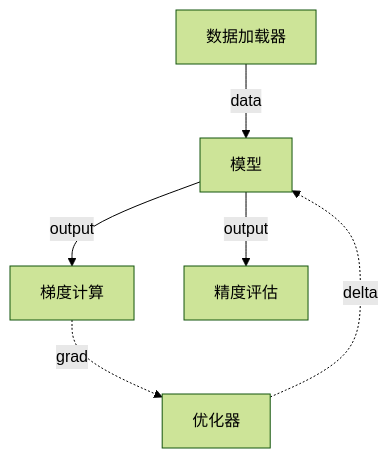
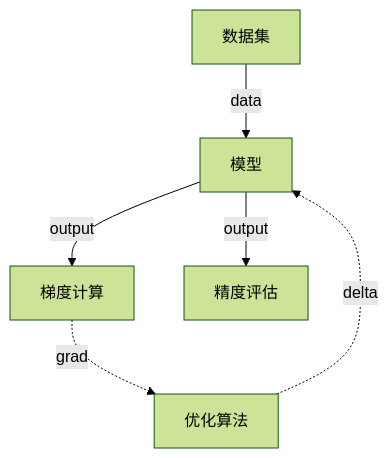
The second of 6 diagrams in slides.md (gsq7474741/slidev), drawn with Mermaid (forest theme) before and after one commit. The commit also changed other lines of this file and 25 other files, not shown here.

````diff
--- a/slides.md
+++ b/slides.md
@@ -159,7 +162,7 @@
 ```mermaid {scale:1}
 graph TD
-D[数据加载器] --data--> M[模型] -- output--> G
-G[梯度计算] -.grad.-> O[优化器] -.delta.-> M
+D[数据集] --data--> M[模型] -- output--> G
+G[梯度计算] -.grad.-> O[优化算法] -.delta.-> M
 M -- output--> ACC[精度评估]
 
 ```
````
